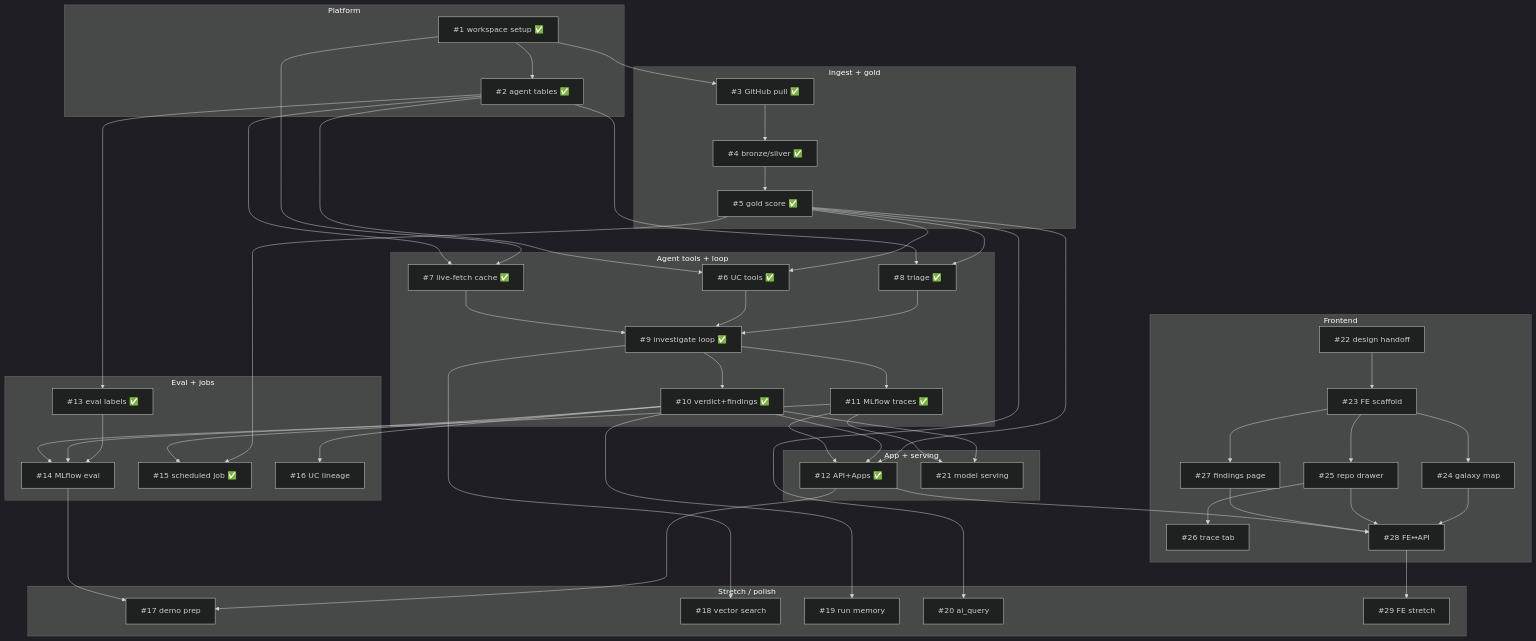
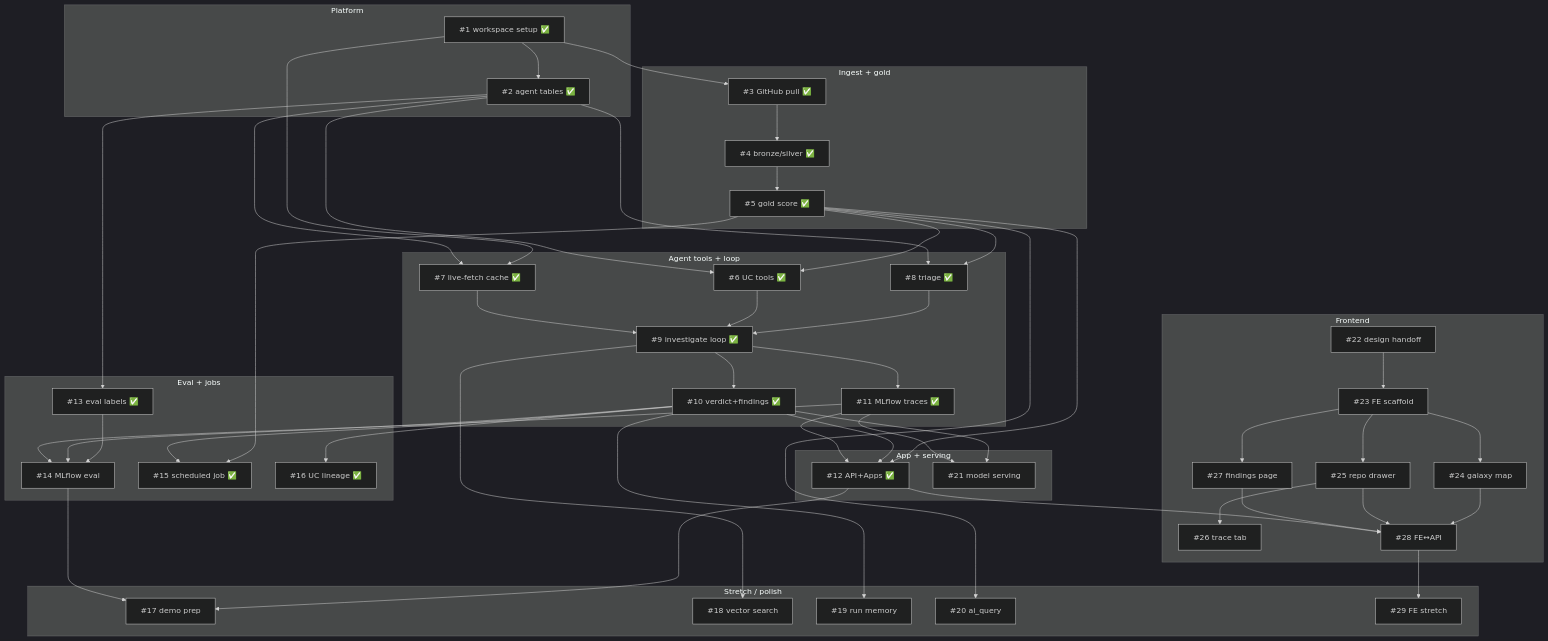
Before and after one commit to kathryntanardy/hackcamp_2026: the diagram in .docs/github_ticket_graph.md, drawn with Mermaid (dark theme). The commit also changed other lines of this file and 6 other files, not shown here.

```diff
--- a/.docs/github_ticket_graph.md
+++ b/.docs/github_ticket_graph.md
@@ -29,7 +29,7 @@
     n13["#13 eval labels ✅"]
     n14["#14 MLflow eval"]
     n15["#15 scheduled job ✅"]
-    n16["#16 UC lineage"]
+    n16["#16 UC lineage ✅"]
   end
   subgraph AppServing["App + serving"]
     n12["#12 API+Apps ✅"]
```
